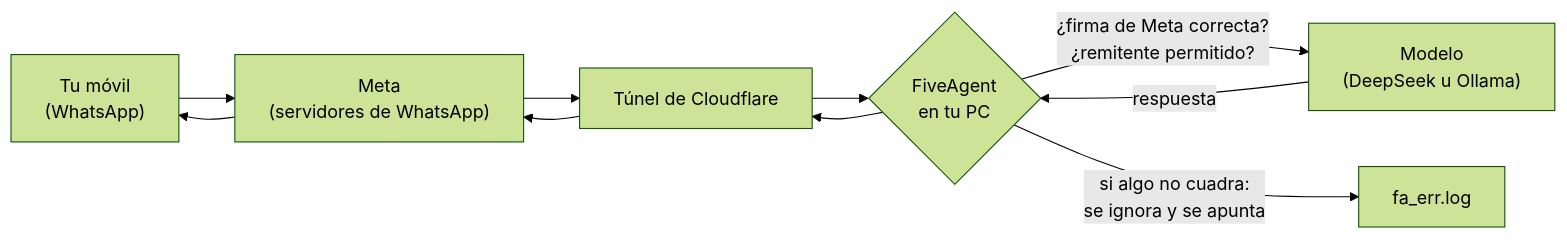
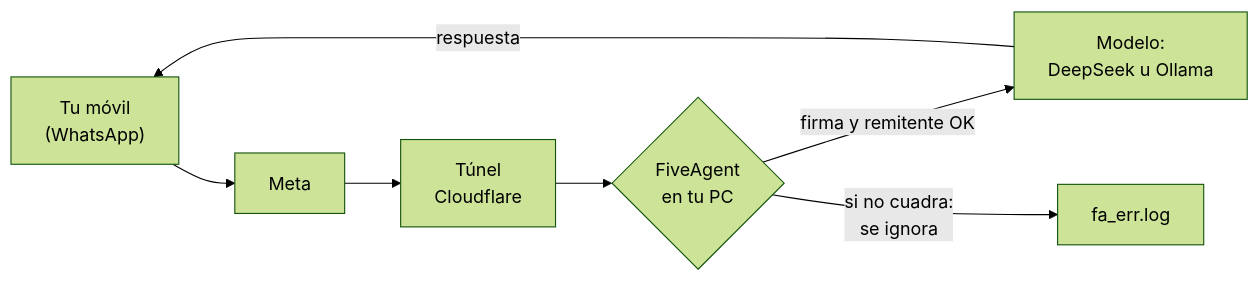
One commit to FiveTechSoft/FiveAgent changed the diagram in docs/whatsapp.md. Above: the diagram before and after it, drawn with Mermaid (forest theme).

````diff
--- a/docs/whatsapp.md
+++ b/docs/whatsapp.md
@@ -15,12 +15,9 @@
 ```mermaid
 flowchart LR
-    A["Tu móvil<br>(WhatsApp)"] --> B["Meta<br>(servidores de WhatsApp)"]
-    B --> C["Túnel de Cloudflare"]
+    A["Tu móvil<br>(WhatsApp)"] --> B["Meta"]
+    B --> C["Túnel<br>Cloudflare"]
     C --> D{"FiveAgent<br>en tu PC"}
-    D -->|"¿firma de Meta correcta?<br>¿remitente permitido?"| E["Modelo<br>(DeepSeek u Ollama)"]
-    D -->|"si algo no cuadra:<br>se ignora y se apunta"| X["fa_err.log"]
-    E -->|"respuesta"| D
-    D --> C
-    C --> B
-    B --> A
+    D -->|"firma y remitente OK"| E["Modelo:<br>DeepSeek u Ollama"]
+    D -->|"si no cuadra:<br>se ignora"| X["fa_err.log"]
+    E -->|"respuesta"| A
 ```
````
